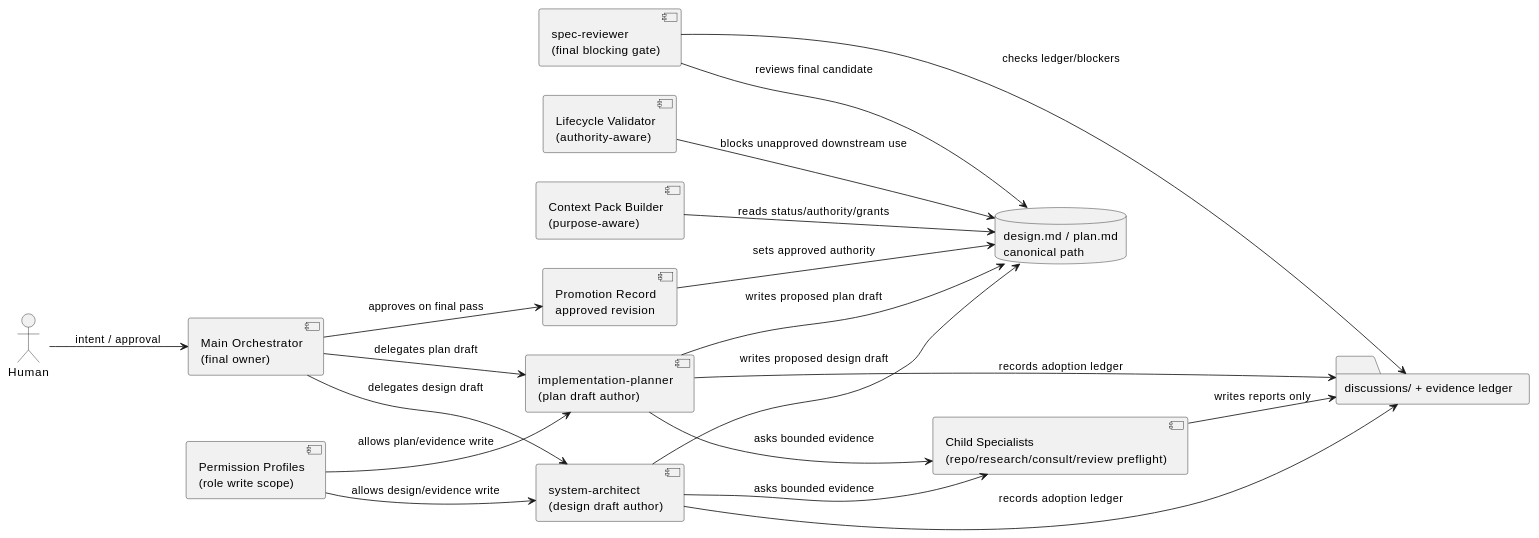
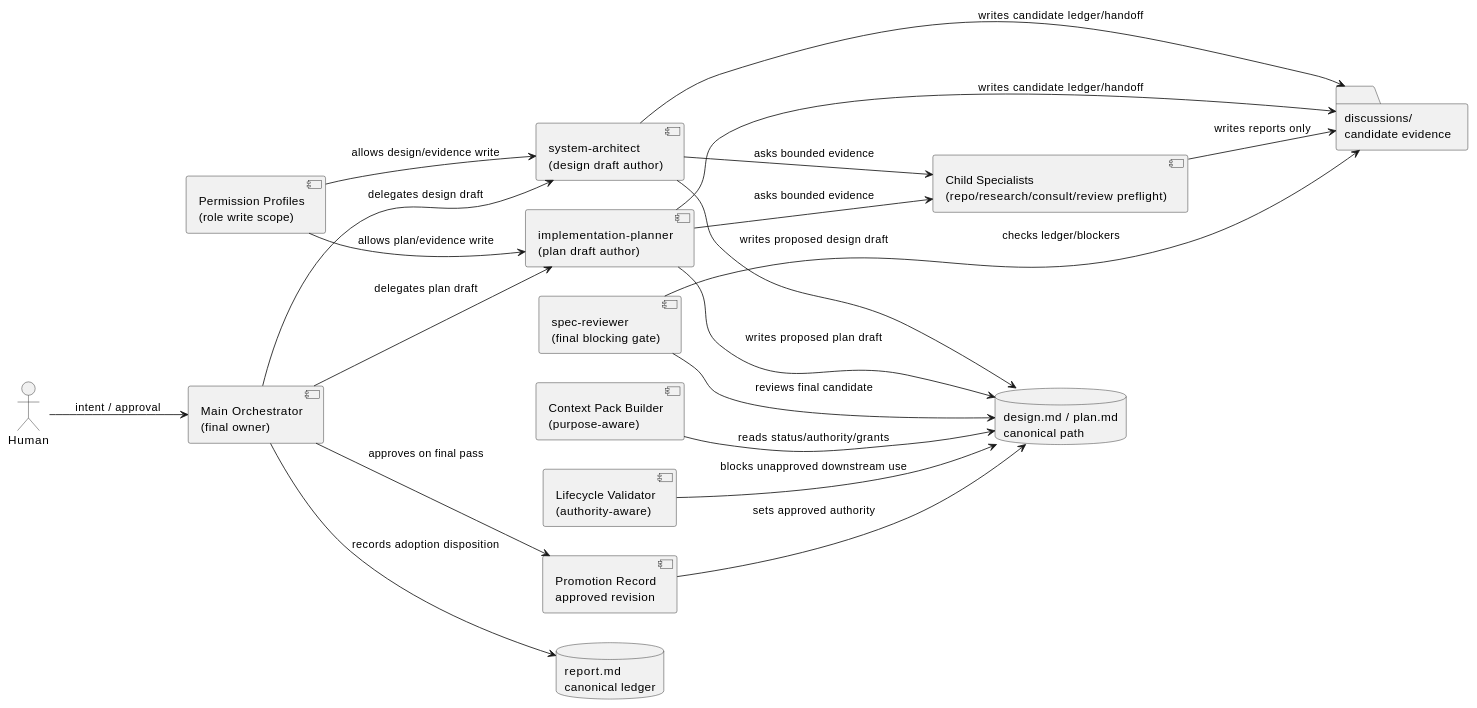
The first of 2 diagrams in spec-dock/initiatives/init-local-00003-architecture-maintenance-and-hardening/epics/epic-00112-delegated-authoring-architecture/design.md (chemitaro/spec-dock), drawn with PlantUML before and after one commit. The commit also changed other lines of this file and 113 other files, not shown here.

````diff
--- a/spec-dock/initiatives/init-local-00003-architecture-maintenance-and-hardening/epics/epic-00112-delegated-authoring-architecture/design.md
+++ b/spec-dock/initiatives/init-local-00003-architecture-maintenance-and-hardening/epics/epic-00112-delegated-authoring-architecture/design.md
@@ -71,38 +71,40 @@
 ```plantuml
 @startuml
 skinparam monochrome true
 left to right direction
 
 actor Human
 component "Main Orchestrator\n(final owner)" as Main
 component "system-architect\n(design draft author)" as Architect
 component "implementation-planner\n(plan draft author)" as Planner
 component "Child Specialists\n(repo/research/consult/review preflight)" as Child
 component "spec-reviewer\n(final blocking gate)" as Reviewer
 component "Context Pack Builder\n(purpose-aware)" as ContextPack
 component "Lifecycle Validator\n(authority-aware)" as Lifecycle
 database "design.md / plan.md\ncanonical path" as Canonical
-folder "discussions/ + evidence ledger" as Evidence
+folder "discussions/\ncandidate evidence" as Evidence
+database "report.md\ncanonical ledger" as ReportLedger
 component "Permission Profiles\n(role write scope)" as Perms
 component "Promotion Record\napproved revision" as Promotion
 
 Human --> Main : "intent / approval"
 Main --> Architect : "delegates design draft"
 Main --> Planner : "delegates plan draft"
 Architect --> Child : "asks bounded evidence"
 Planner --> Child : "asks bounded evidence"
 Child --> Evidence : "writes reports only"
 Architect --> Canonical : "writes proposed design draft"
 Planner --> Canonical : "writes proposed plan draft"
-Architect --> Evidence : "records adoption ledger"
-Planner --> Evidence : "records adoption ledger"
+Architect --> Evidence : "writes candidate ledger/handoff"
+Planner --> Evidence : "writes candidate ledger/handoff"
+Main --> ReportLedger : "records adoption disposition"
 Perms --> Architect : "allows design/evidence write"
 Perms --> Planner : "allows plan/evidence write"
 ContextPack --> Canonical : "reads status/authority/grants"
 Lifecycle --> Canonical : "blocks unapproved downstream use"
 Reviewer --> Canonical : "reviews final candidate"
 Reviewer --> Evidence : "checks ledger/blockers"
 Main --> Promotion : "approves on final pass"
 Promotion --> Canonical : "sets approved authority"
 @enduml
 ```
````
